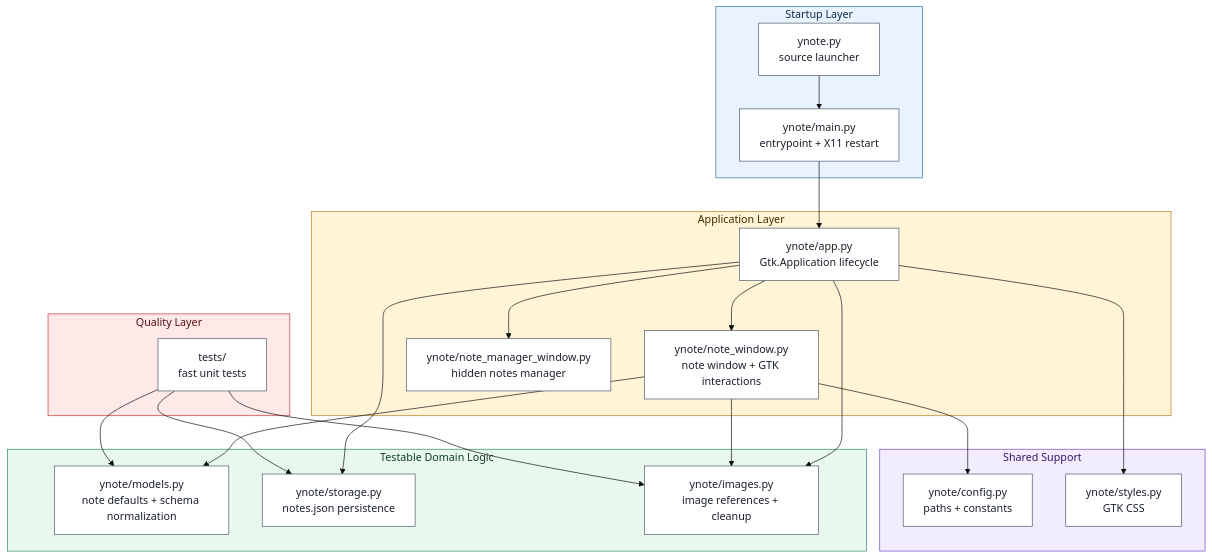
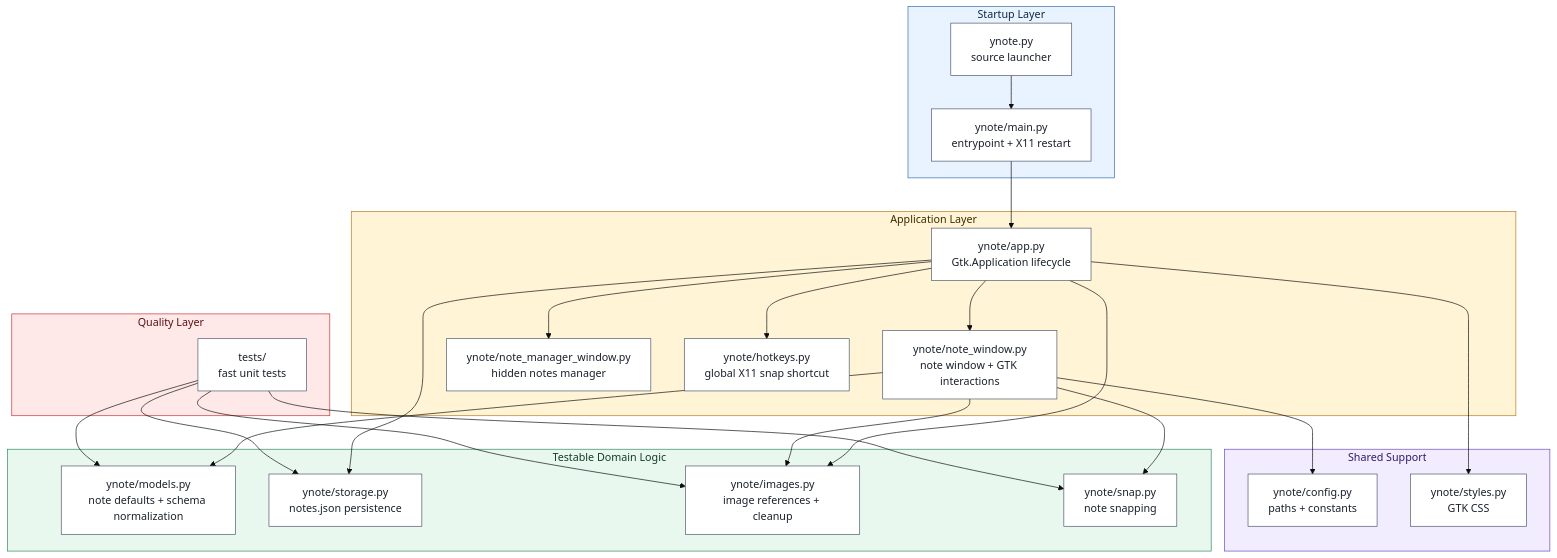
Before and after one commit to vacu9708/ynote: the first of 2 diagrams in README.md, drawn with Mermaid (base theme). The commit also changed other lines of this file and 8 other files, not shown here.

````diff
--- a/README.md
+++ b/README.md
@@ -48,51 +57,56 @@
 ```mermaid
 flowchart TD
     subgraph Startup["Startup Layer"]
         Launcher["ynote.py<br/>source launcher"]
         Main["ynote/main.py<br/>entrypoint + X11 restart"]
     end
 
     subgraph AppLayer["Application Layer"]
         App["ynote/app.py<br/>Gtk.Application lifecycle"]
         Window["ynote/note_window.py<br/>note window + GTK interactions"]
         Manager["ynote/note_manager_window.py<br/>hidden notes manager"]
+        Hotkeys["ynote/hotkeys.py<br/>global X11 snap shortcut"]
     end
 
     subgraph Domain["Testable Domain Logic"]
         Models["ynote/models.py<br/>note defaults + schema normalization"]
         Storage["ynote/storage.py<br/>notes.json persistence"]
         Images["ynote/images.py<br/>image references + cleanup"]
+        Snap["ynote/snap.py<br/>note snapping"]
     end
 
     subgraph Support["Shared Support"]
         Config["ynote/config.py<br/>paths + constants"]
         Styles["ynote/styles.py<br/>GTK CSS"]
     end
 
     subgraph TestLayer["Quality Layer"]
         Tests["tests/<br/>fast unit tests"]
     end
 
     Launcher --> Main --> App
     App --> Window
     App --> Manager
+    App --> Hotkeys
     App --> Storage
     App --> Images
     Window --> Models
     Window --> Images
+    Window --> Snap
     Window --> Config
     App --> Styles
     Tests --> Models
     Tests --> Storage
     Tests --> Images
+    Tests --> Snap
 
     classDef module fill:#FFFFFF,stroke:#4A5568,stroke-width:1px,color:#1A202C
 
-    class Launcher,Main,App,Window,Manager,Models,Storage,Images,Config,Styles,Tests module
+    class Launcher,Main,App,Window,Manager,Hotkeys,Models,Storage,Images,Snap,Config,Styles,Tests module
 
     style Startup fill:#E8F3FF,stroke:#2F6FAB,stroke-width:1px,color:#102A43
     style AppLayer fill:#FFF4D6,stroke:#B7791F,stroke-width:1px,color:#3D2C00
     style Domain fill:#E8F8EF,stroke:#2F855A,stroke-width:1px,color:#143C2B
     style Support fill:#F2ECFF,stroke:#6B46C1,stroke-width:1px,color:#2D1B69
     style TestLayer fill:#FFE8E8,stroke:#C53030,stroke-width:1px,color:#5A1111
 ```
````
